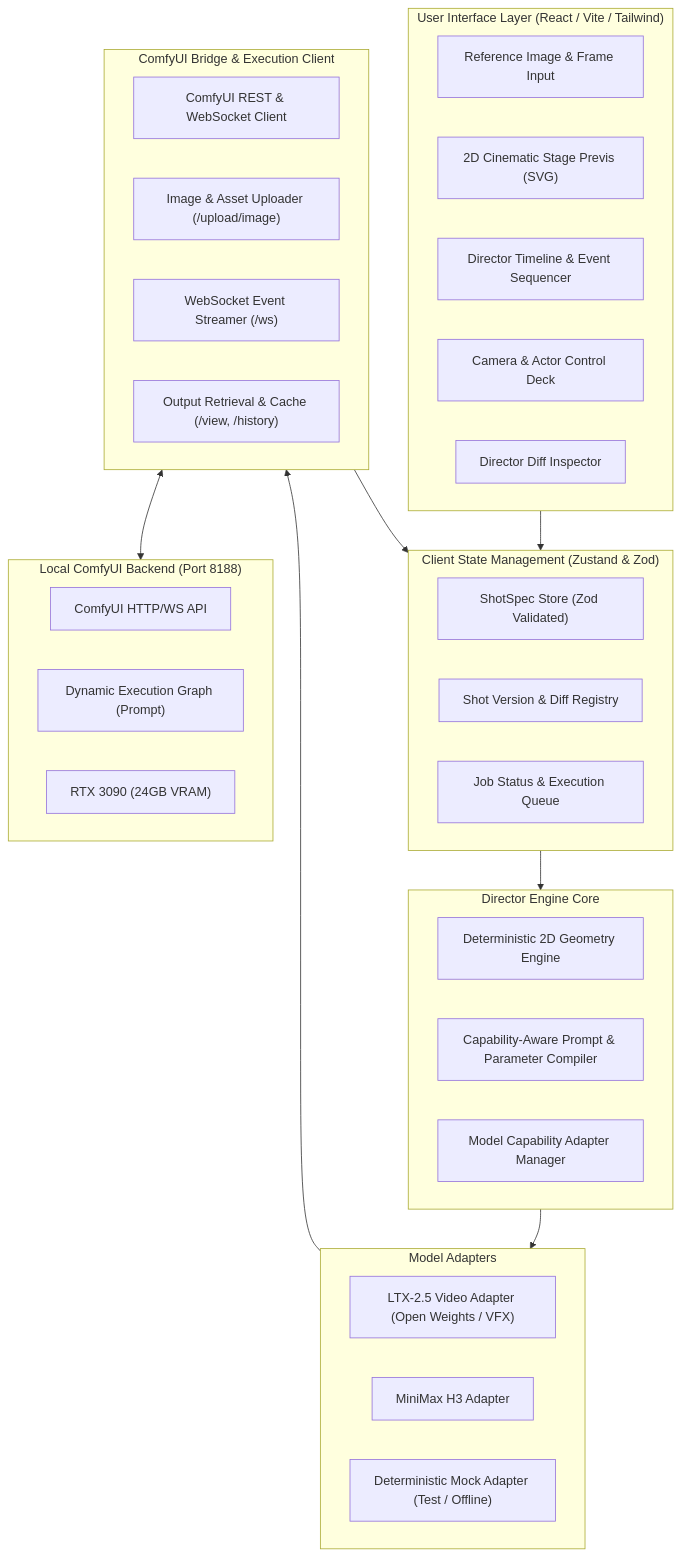
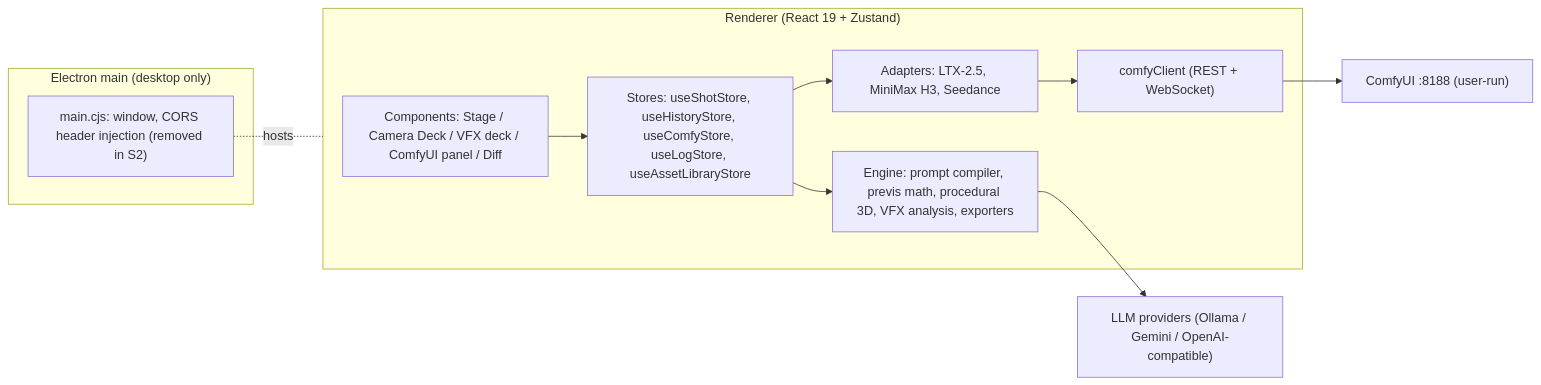
One commit to navarisun1982/comfyui-motion-previs-studio changed the diagram in docs/ARCHITECTURE.md. Above: the diagram before and after it, drawn with Mermaid. The commit also changed other lines of this file and 33 other files, not shown here.

````diff
--- a/docs/ARCHITECTURE.md
+++ b/docs/ARCHITECTURE.md
@@ -14,48 +11,20 @@
 ```mermaid
-graph TD
-    subgraph UI ["User Interface Layer (React / Vite / Tailwind)"]
-        UI_Input["Reference Image & Frame Input"]
-        UI_Previs["2D Cinematic Stage Previs (SVG)"]
-        UI_Timeline["Director Timeline & Event Sequencer"]
-        UI_Controls["Camera & Actor Control Deck"]
-        UI_Diff["Director Diff Inspector"]
-    end
+flowchart LR
+  subgraph Renderer["Renderer (React 19 + Zustand)"]
+    UI["Components: Stage / Camera Deck / VFX deck / ComfyUI panel / Diff"]
+    Stores["Stores: useShotStore, useHistoryStore, useComfyStore, useLogStore, useAssetLibraryStore"]
+    Engine["Engine: prompt compiler, previs math, procedural 3D, VFX analysis, exporters"]
+    Adapters["Adapters: LTX-2.5, MiniMax H3, Seedance"]
+    Client["comfyClient (REST + WebSocket)"]
+  end
+  subgraph Electron["Electron main (desktop only)"]
+    Main["main.cjs: window, CORS header injection (removed in S2)"]
+  end
+  Comfy["ComfyUI :8188 (user-run)"]
+  LLM["LLM providers (Ollama / Gemini / OpenAI-compatible)"]
 
-    subgraph State ["Client State Management (Zustand & Zod)"]
-        ShotSpecStore["ShotSpec Store (Zod Validated)"]
-        RevisionHistory["Shot Version & Diff Registry"]
-        JobStore["Job Status & Execution Queue"]
-    end
-
-    subgraph Engine ["Director Engine Core"]
-        PrevisEngine["Deterministic 2D Geometry Engine"]
-        Compiler["Capability-Aware Prompt & Parameter Compiler"]
-        AdapterManager["Model Capability Adapter Manager"]
-    end
-
-    subgraph Adapters ["Model Adapters"]
-        LTXAdapter["LTX-2.5 Video Adapter (Open Weights / VFX)"]
-        MiniMaxAdapter["MiniMax H3 Adapter"]
-        MockAdapter["Deterministic Mock Adapter (Test / Offline)"]
-    end
-
-    subgraph Backend ["ComfyUI Bridge & Execution Client"]
-        ComfyClient["ComfyUI REST & WebSocket Client"]
-        UploadHandler["Image & Asset Uploader (/upload/image)"]
-        WSWatcher["WebSocket Event Streamer (/ws)"]
-        ResultFetcher["Output Retrieval & Cache (/view, /history)"]
-    end
-
-    subgraph ComfyServer ["Local ComfyUI Backend (Port 8188)"]
-        ComfyAPI["ComfyUI HTTP/WS API"]
-        ExecutionGraph["Dynamic Execution Graph (Prompt)"]
-        GPU["RTX 3090 (24GB VRAM)"]
-    end
-
-    UI --> State
-    State --> Engine
-    Engine --> Adapters
-    Adapters --> Backend
-    Backend <--> ComfyServer
-    Backend --> State
+  UI --> Stores --> Engine
+  Stores --> Adapters --> Client --> Comfy
+  Engine --> LLM
+  Main -. hosts .- Renderer
 ```
````
